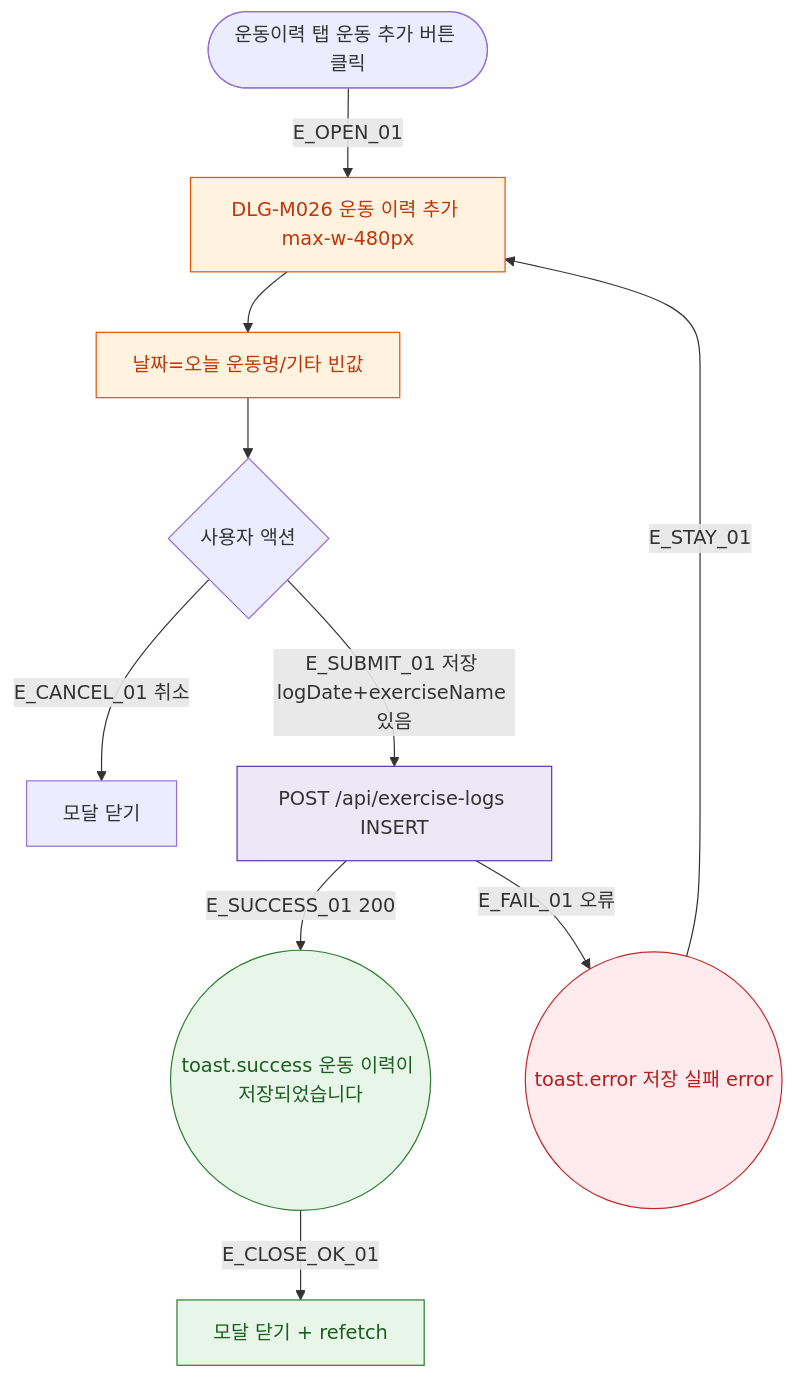
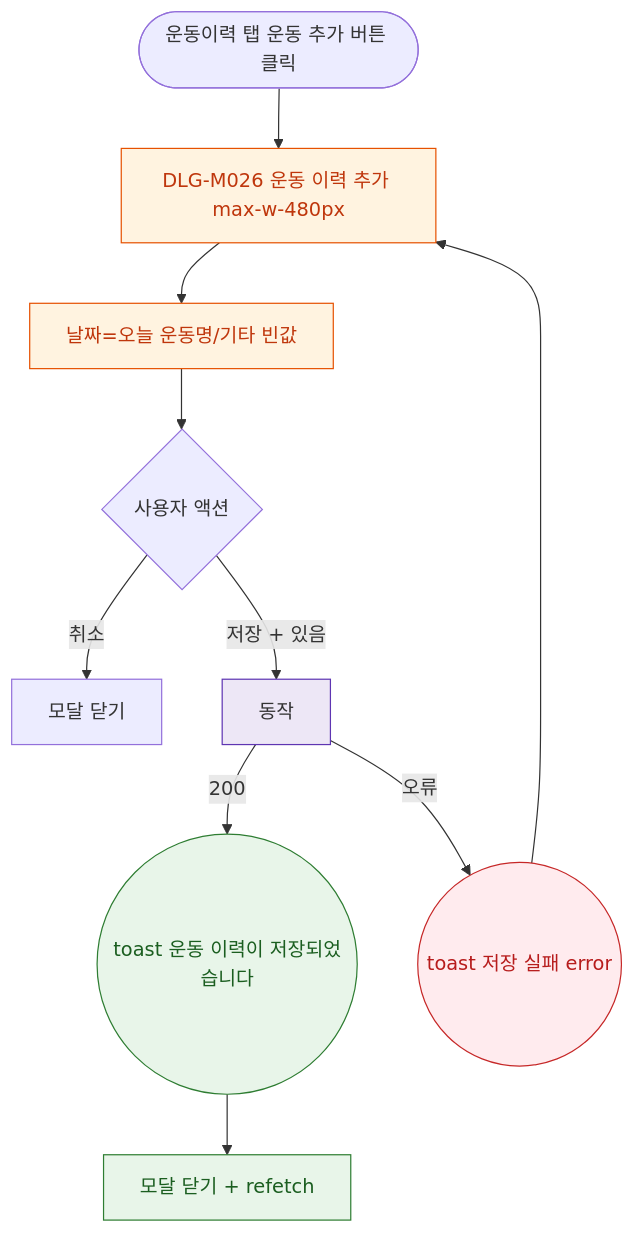
The diagram in docs/다이어그램/D02_회원관리/DLG/DLG-M026_운동이력등록/M1_생명주기.md (dev-spogym/admin-pando), drawn with Mermaid before and after one commit. The commit also changed other lines of this file and 1660 other files, not shown here.

First line of the commit message:
다이어그램: 기획자/클라이언트 납품본으로 정리

````diff
--- a/docs/다이어그램/D02_회원관리/DLG/DLG-M026_운동이력등록/M1_생명주기.md
+++ b/docs/다이어그램/D02_회원관리/DLG/DLG-M026_운동이력등록/M1_생명주기.md
@@ -22,28 +20,28 @@
 ```mermaid
 flowchart TD
   TRIGGER([운동이력 탭 운동 추가 버튼 클릭])
 
-  TRIGGER -->|E_OPEN_01| DLG_OPEN[DLG-M026 운동 이력 추가 max-w-480px]
+  TRIGGER --> DLG_OPEN[DLG-M026 운동 이력 추가 max-w-480px]
   DLG_OPEN --> INIT[날짜=오늘 운동명/기타 빈값]
 
   INIT --> USER_ACT{사용자 액션}
 
-  USER_ACT -->|E_CANCEL_01 취소| CLOSE[모달 닫기]
-  USER_ACT -->|E_SUBMIT_01 저장 logDate+exerciseName 있음| API_CALL[POST /api/exercise-logs INSERT]
+  USER_ACT -->|취소|CLOSE[모달 닫기]
+  USER_ACT -->|저장 + 있음|API_CALL[동작]
 
-  API_CALL -->|E_SUCCESS_01 200| TOAST_OK((toast.success 운동 이력이 저장되었습니다))
-  TOAST_OK -->|E_CLOSE_OK_01| POST_OK[모달 닫기 + refetch]
+  API_CALL -->|200|TOAST_OK((toast 운동 이력이 저장되었습니다))
+  TOAST_OK --> POST_OK[모달 닫기 + refetch]
 
-  API_CALL -->|E_FAIL_01 오류| TOAST_ERR((toast.error 저장 실패 error))
-  TOAST_ERR -->|E_STAY_01| DLG_OPEN
+  API_CALL -->|오류|TOAST_ERR((toast 저장 실패 error))
+  TOAST_ERR --> DLG_OPEN
 
-  classDef modal   fill:#FFF3E0,stroke:#E65100,color:#BF360C
+  classDef modal fill:#FFF3E0,stroke:#E65100,color:#BF360C
   classDef success fill:#E8F5E9,stroke:#2E7D32,color:#1B5E20
-  classDef error   fill:#FFEBEE,stroke:#C62828,color:#B71C1C
-  classDef system  fill:#EDE7F6,stroke:#5E35B2
+  classDef error fill:#FFEBEE,stroke:#C62828,color:#B71C1C
+  classDef system fill:#EDE7F6,stroke:#5E35B2
 
   class DLG_OPEN,INIT modal
   class TOAST_OK,POST_OK success
   class TOAST_ERR error
   class API_CALL system
 ```
````
